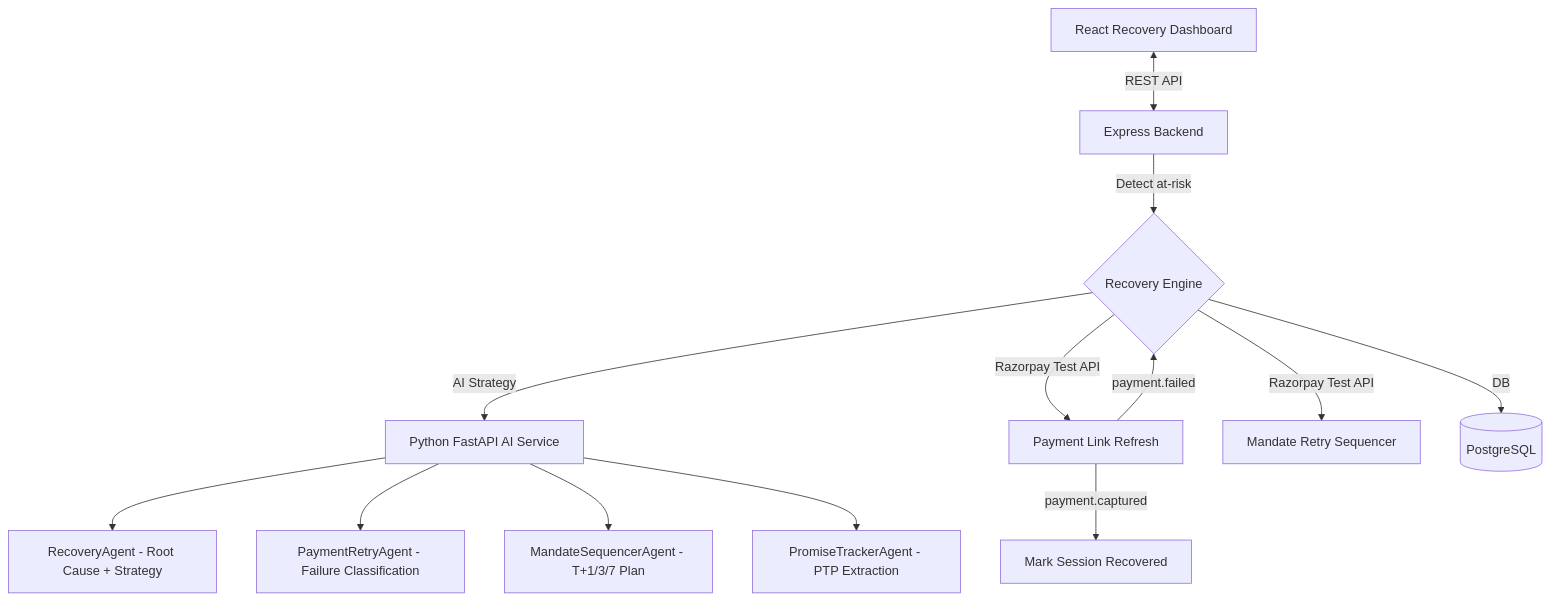
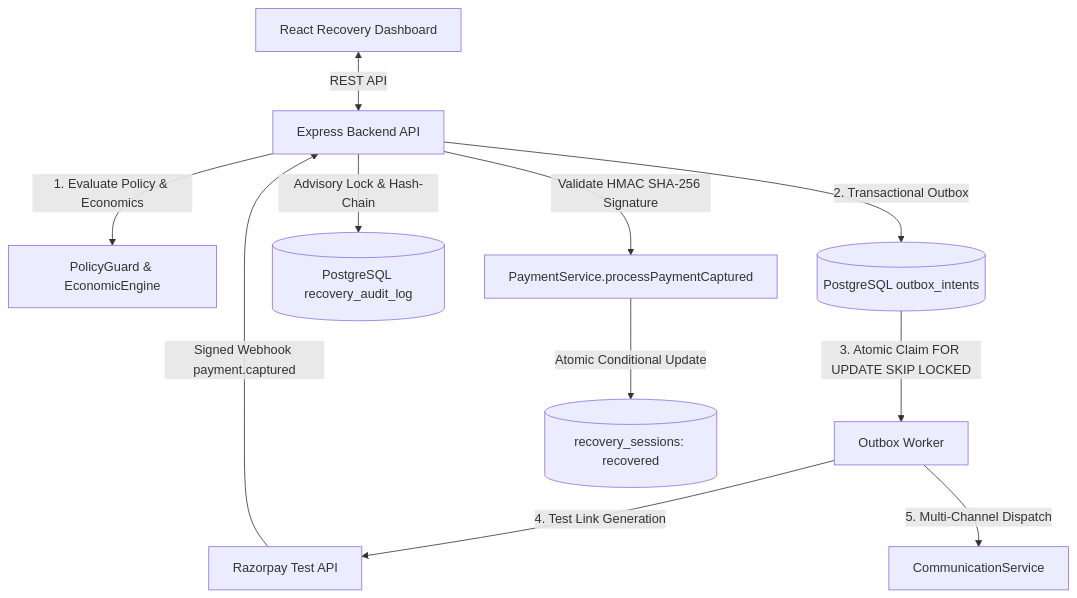
Before and after one commit to Adityaa024/PayBack-AI: the diagram in README.md, drawn with Mermaid. The commit also changed other lines of this file and 30 other files, not shown here.

Commit message:
feat(recovery): end-to-end production readiness, transactional outbox, tamper ledger, policy guard & brain.md

````diff
--- a/README.md
+++ b/README.md
@@ -46,18 +68,16 @@
 ```mermaid
 graph TD
-    A[React Recovery Dashboard] <-->|REST API| B[Express Backend]
+    A[React Recovery Dashboard] <-->|REST API| B[Express Backend API]
 
-    B -->|Detect at-risk| C{Recovery Engine}
-    C -->|AI Strategy| D[Python FastAPI AI Service]
-    C -->|Razorpay Test API| E[Payment Link Refresh]
-    C -->|Razorpay Test API| F[Mandate Retry Sequencer]
-    C -->|DB| G[(PostgreSQL)]
-
-    D --> H[RecoveryAgent - Root Cause + Strategy]
-    D --> I[PaymentRetryAgent - Failure Classification]
-    D --> J[MandateSequencerAgent - T+1/3/7 Plan]
-    D --> K[PromiseTrackerAgent - PTP Extraction]
-
-    E -->|payment.failed| C
-    E -->|payment.captured| L[Mark Session Recovered]
+    B -->|1. Evaluate Policy & Economics| C[PolicyGuard & EconomicEngine]
+    B -->|2. Transactional Outbox| D[(PostgreSQL outbox_intents)]
+    D -->|3. Atomic Claim FOR UPDATE SKIP LOCKED| E[Outbox Worker]
+    E -->|4. Test Link Generation| F[Razorpay Test API]
+    E -->|5. Multi-Channel Dispatch| G[CommunicationService]
+    
+    B -->|Advisory Lock & Hash-Chain| H[(PostgreSQL recovery_audit_log)]
+    
+    F -->|Signed Webhook payment.captured| B
+    B -->|Validate HMAC SHA-256 Signature| I[PaymentService.processPaymentCaptured]
+    I -->|Atomic Conditional Update| J[(recovery_sessions: recovered)]
 ```
````
